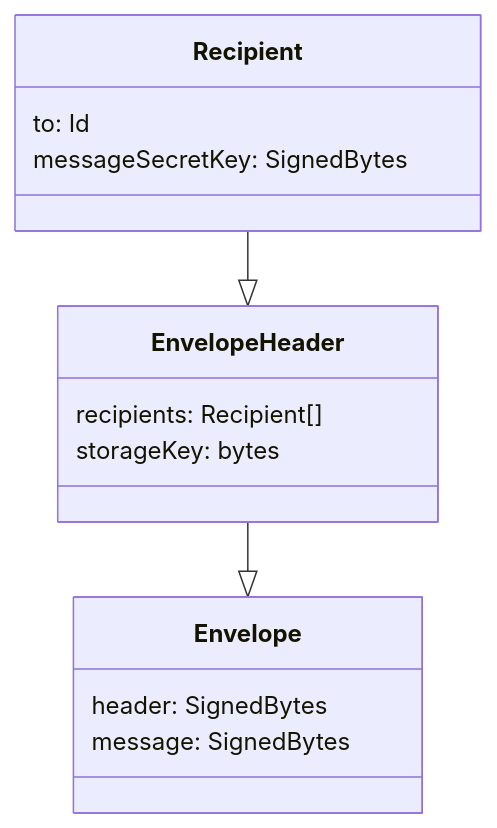
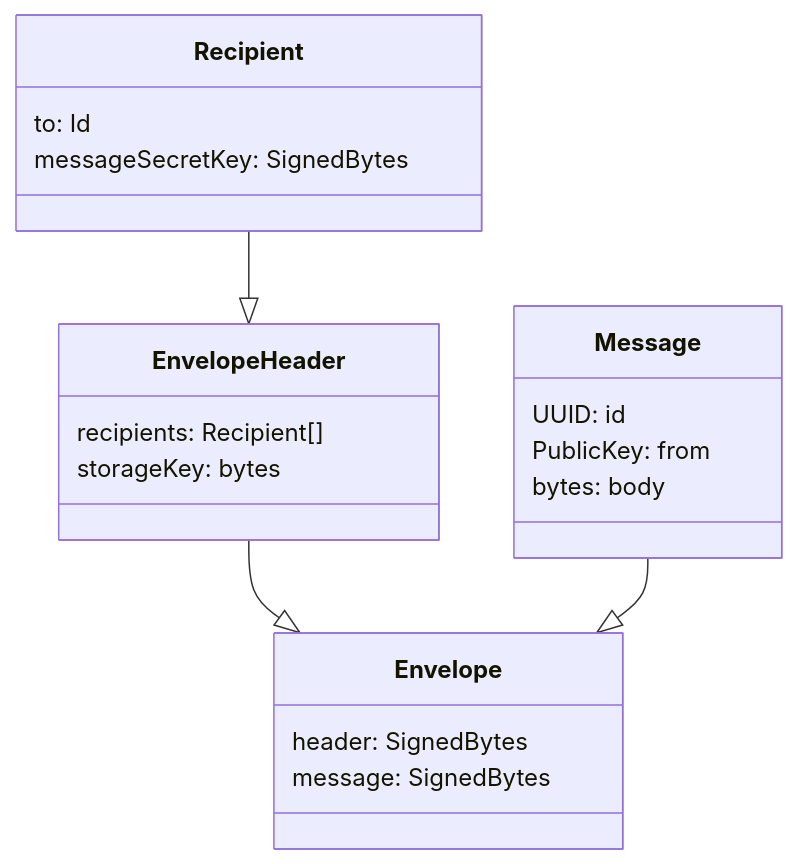
Before and after one commit to johnmidgley/opencola: the second of 2 diagrams in opencola-server/relay/README.md, drawn with Mermaid. The commit also changed other lines of this file and 4 other files, not shown here.

````diff
--- a/opencola-server/relay/README.md
+++ b/opencola-server/relay/README.md
@@ -22,22 +168,28 @@
 ```mermaid
 classDiagram 
+  class Message {
+    UUID: id
+    PublicKey: from
+    bytes: body
+  }
 
   class Recipient {
     to: Id
     messageSecretKey: SignedBytes
   }
 
   class EnvelopeHeader {
     recipients: Recipient[]
     storageKey: bytes
   }
 
   class Envelope {
     header: SignedBytes
     message: SignedBytes
   }
 
 
   Recipient --|> EnvelopeHeader
   EnvelopeHeader --|> Envelope
+  Message --|> Envelope
 ```
````
